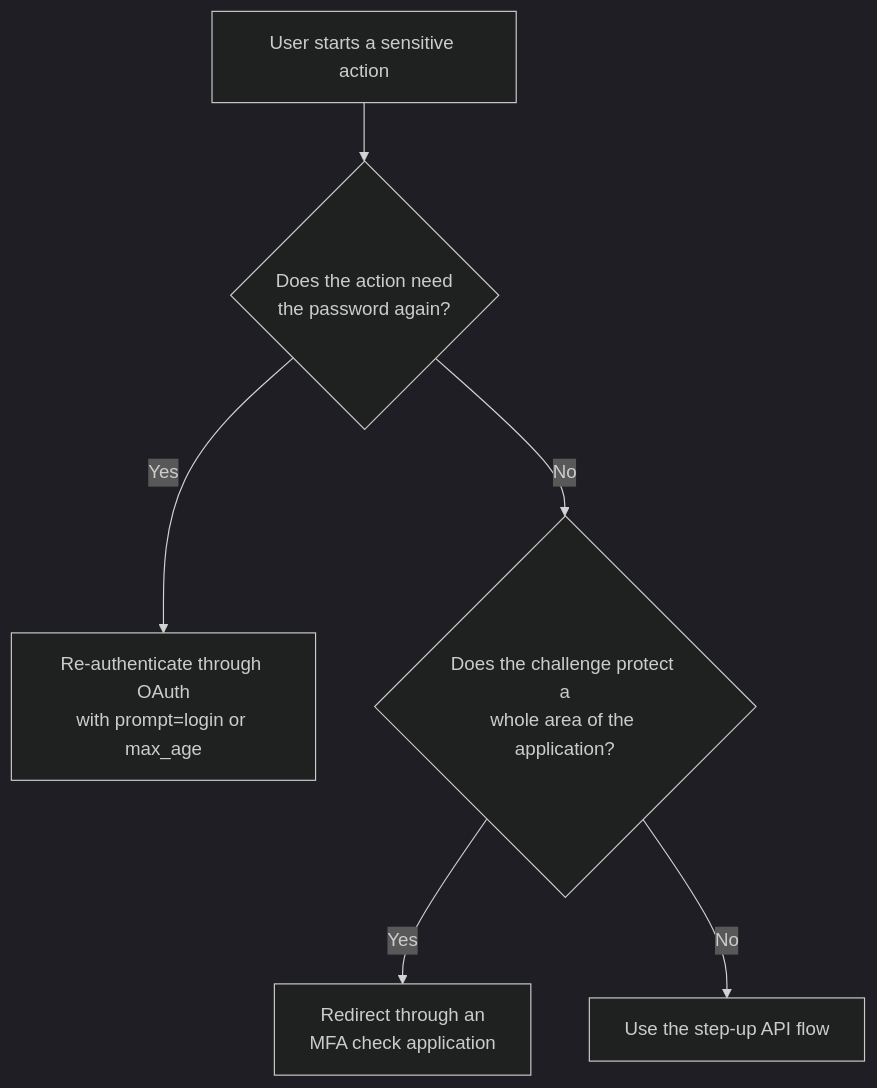
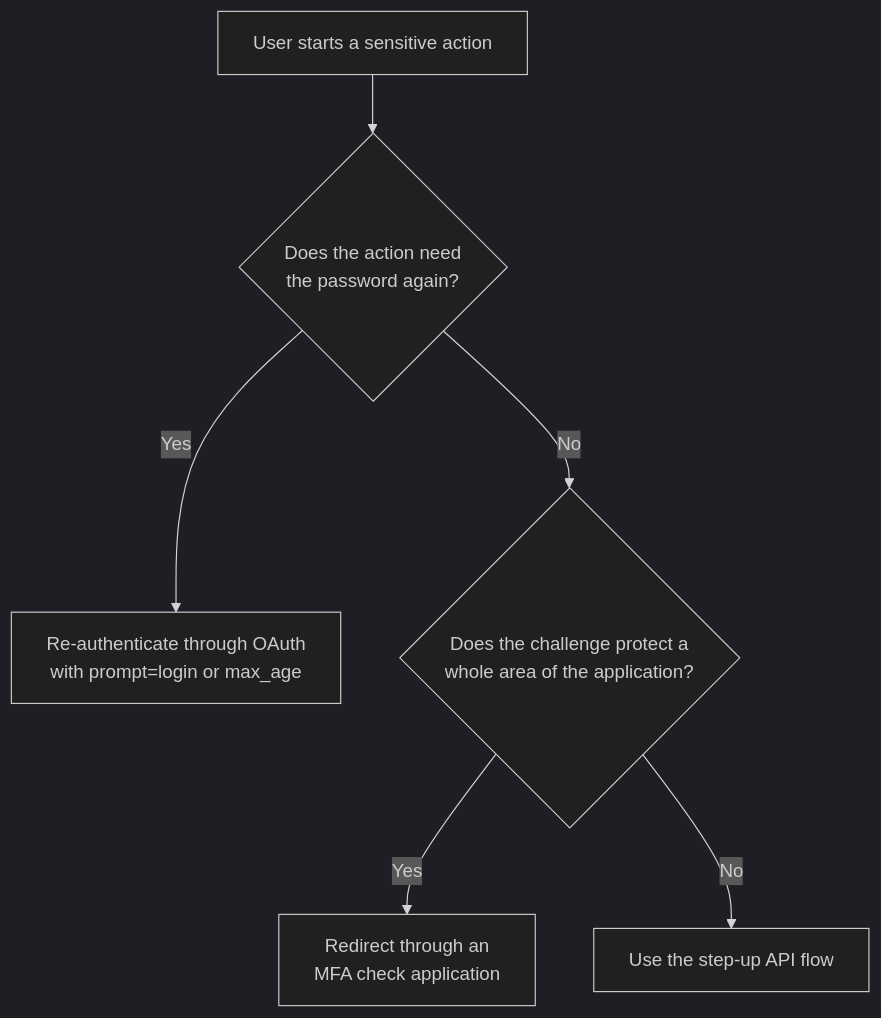
One commit to FusionAuth/fusionauth-site changed the diagram in astro/src/content/docs/authentication/multi-factor-authentication/step-up.mdx. Above: the diagram before and after it, drawn with Mermaid (dark theme). The commit also changed 98 other files, not shown here.

````diff
--- a/astro/src/content/docs/authentication/multi-factor-authentication/step-up.mdx
+++ b/astro/src/content/docs/authentication/multi-factor-authentication/step-up.mdx
@@ -25,8 +25,17 @@
 ```mermaid title="Choosing a step-up approach."
+---
+config:
+  flowchart:
+    wrappingWidth: 400
+---
 flowchart TD
-    A[User starts a sensitive action] --> B{Does the action need<br/>the password again?}
-    B -->|Yes| C[Re-authenticate through OAuth<br/>with prompt=login or max_age]
-    B -->|No| D{Does the challenge protect a<br/>whole area of the application?}
-    D -->|Yes| E[Redirect through an<br/>MFA check application]
+    A[User starts a sensitive action] --> B{"`Does the action need
+    the password again?`"}
+    B -->|Yes| C["`Re-authenticate through OAuth
+    with prompt=login or max_age`"]
+    B -->|No| D{"`Does the challenge protect a
+    whole area of the application?`"}
+    D -->|Yes| E["`Redirect through an
+    MFA check application`"]
     D -->|No| F[Use the step-up API flow]
 ```
````
